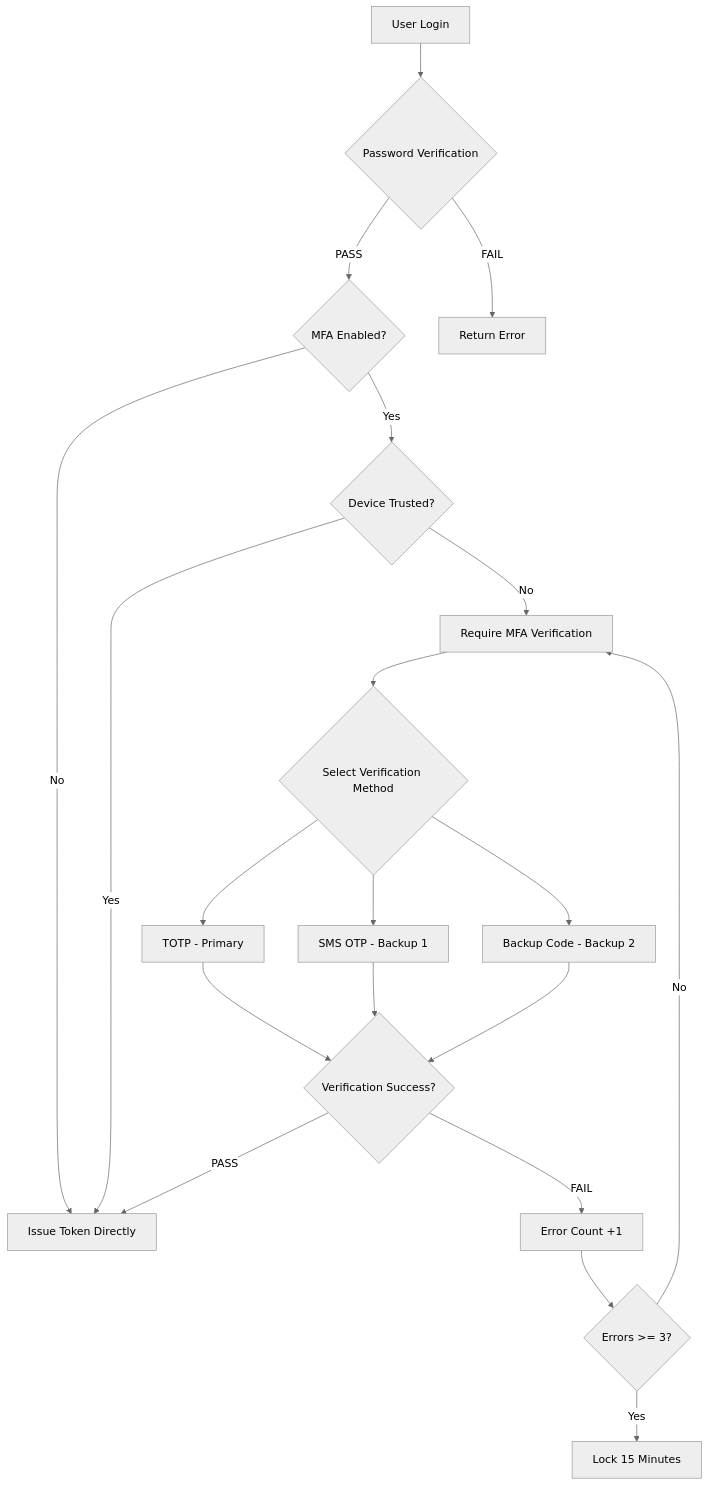
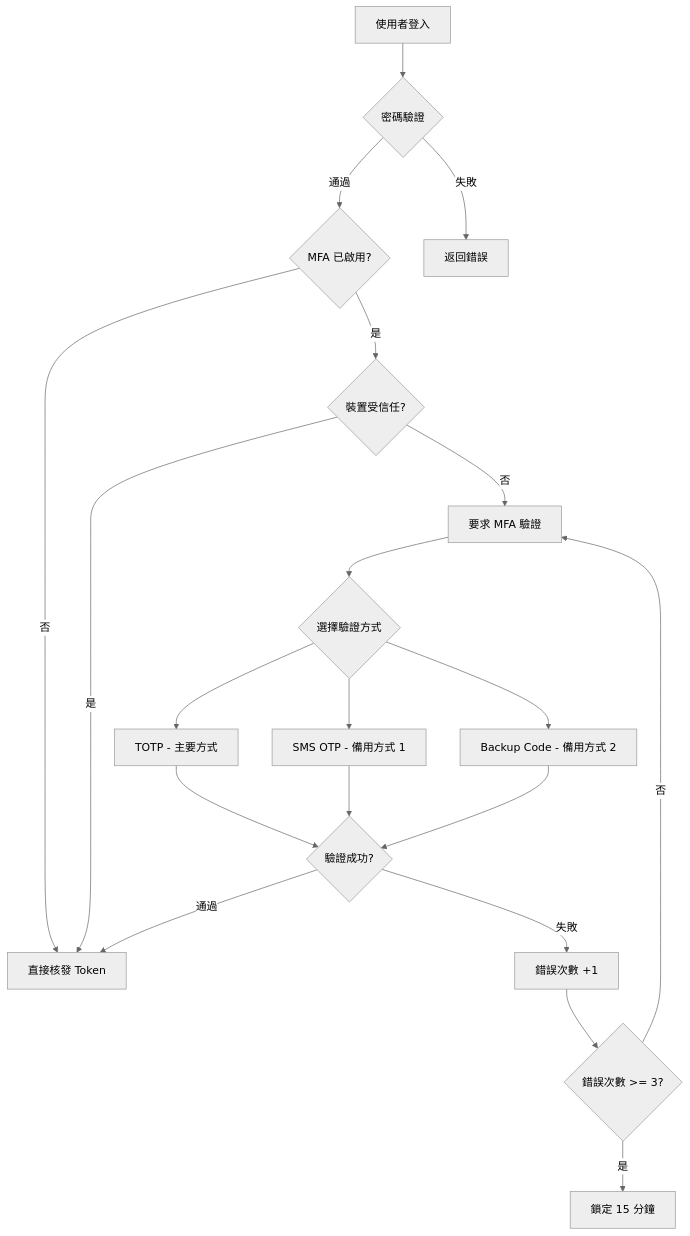
The first of 5 diagrams in docs/iGaming/architecture/06_Platform_Core/MFA_Technical.md (ron03wlb/smart-admin), drawn with Mermaid (neutral theme) before and after one commit. The commit also changed other lines of this file and 4 other files, not shown here.

````diff
--- a/docs/iGaming/architecture/06_Platform_Core/MFA_Technical.md
+++ b/docs/iGaming/architecture/06_Platform_Core/MFA_Technical.md
@@ -18,27 +18,27 @@
 ```mermaid
 graph TD
-    A[User Login] --> B{Password Verification}
-    B -->|PASS| C{MFA Enabled?}
-    B -->|FAIL| Z[Return Error]
+    A[使用者登入] --> B{密碼驗證}
+    B -->|通過| C{MFA 已啟用?}
+    B -->|失敗| Z[返回錯誤]
 
-    C -->|Yes| D{Device Trusted?}
-    C -->|No| G[Issue Token Directly]
+    C -->|是| D{裝置受信任?}
+    C -->|否| G[直接核發 Token]
 
-    D -->|Yes| G
-    D -->|No| E[Require MFA Verification]
+    D -->|是| G
+    D -->|否| E[要求 MFA 驗證]
 
-    E --> F{Select Verification Method}
-    F --> F1[TOTP - Primary]
-    F --> F2[SMS OTP - Backup 1]
-    F --> F3[Backup Code - Backup 2]
+    E --> F{選擇驗證方式}
+    F --> F1[TOTP - 主要方式]
+    F --> F2[SMS OTP - 備用方式 1]
+    F --> F3[Backup Code - 備用方式 2]
 
-    F1 --> H{Verification Success?}
+    F1 --> H{驗證成功?}
     F2 --> H
     F3 --> H
 
-    H -->|PASS| G
-    H -->|FAIL| I[Error Count +1]
-    I --> J{Errors >= 3?}
-    J -->|Yes| K[Lock 15 Minutes]
-    J -->|No| E
+    H -->|通過| G
+    H -->|失敗| I[錯誤次數 +1]
+    I --> J{錯誤次數 >= 3?}
+    J -->|是| K[鎖定 15 分鐘]
+    J -->|否| E
 ```
````
